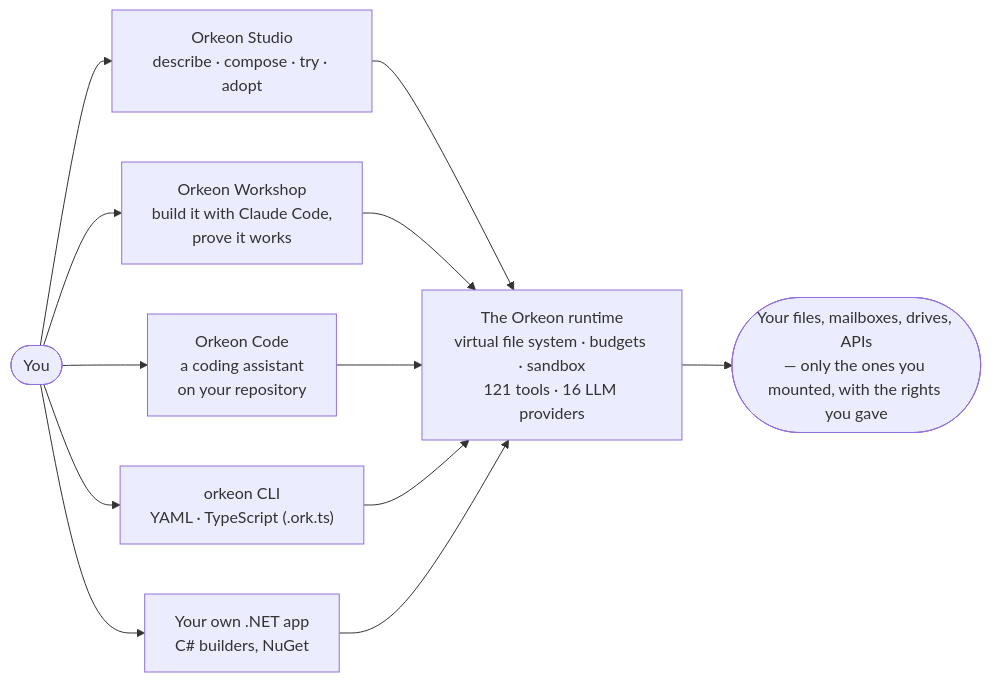
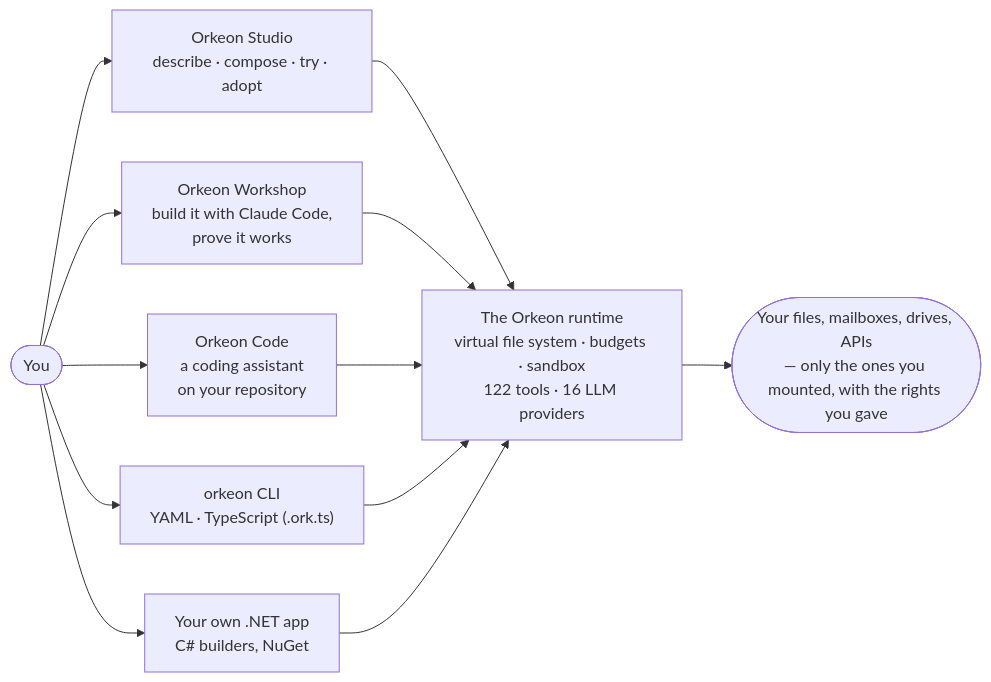
The diagram in README.md (Orkeon/orkeon), drawn with Mermaid before and after one commit. The commit also changed other lines of this file and 82 other files, not shown here.

````diff
--- a/README.md
+++ b/README.md
@@ -30,10 +30,10 @@
 ```mermaid
 flowchart LR
     you(["You"]) --> studio["Orkeon Studio<br/>describe · compose · try · adopt"]
     you --> workshop["Orkeon Workshop<br/>build it with Claude Code,<br/>prove it works"]
     you --> code["Orkeon Code<br/>a coding assistant<br/>on your repository"]
     you --> cli["orkeon CLI<br/>YAML · TypeScript (.ork.ts)"]
     you --> app["Your own .NET app<br/>C# builders, NuGet"]
-    studio & workshop & code & cli & app --> runtime["The Orkeon runtime<br/>virtual file system · budgets · sandbox<br/>121 tools · 16 LLM providers"]
+    studio & workshop & code & cli & app --> runtime["The Orkeon runtime<br/>virtual file system · budgets · sandbox<br/>122 tools · 16 LLM providers"]
     runtime --> world(["Your files, mailboxes, drives, APIs<br/>— only the ones you mounted, with the rights you gave"])
 ```
````
